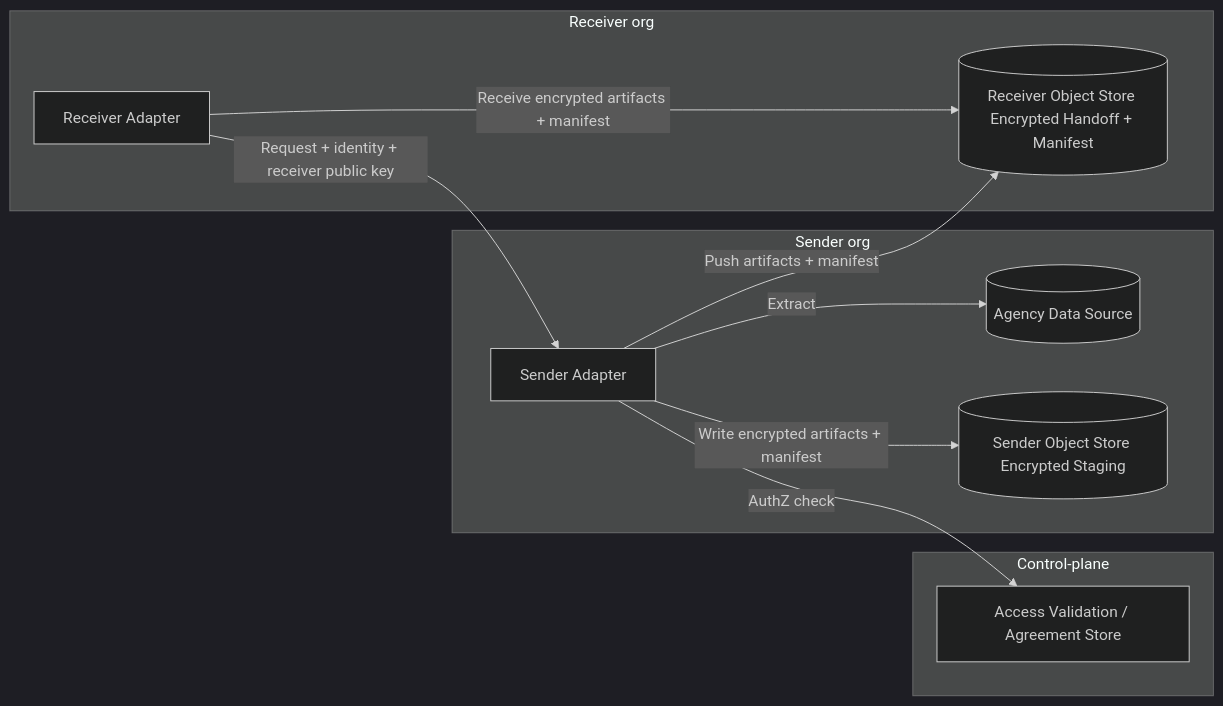
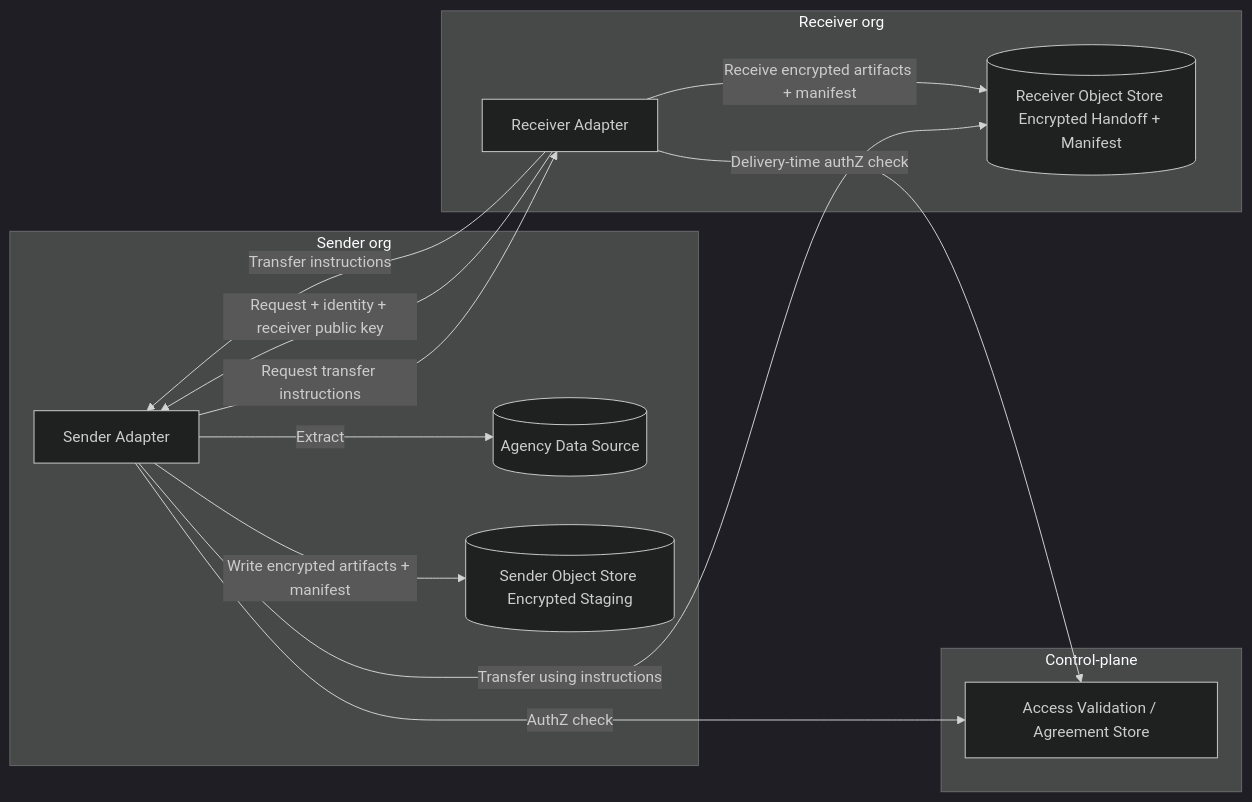
One commit to GSA-TTS/TTSE-Redwood changed the second of 8 diagrams in docs/adr/0001-fde-architecture-diagrams.md. Above: the diagram before and after it, drawn with Mermaid (dark theme). The commit also changed other lines of this file and 1 other file, not shown here.

First line of the commit message:
adr: update transfer handshake (receiver provides transfer instructions)

````diff
--- a/docs/adr/0001-fde-architecture-diagrams.md
+++ b/docs/adr/0001-fde-architecture-diagrams.md
@@ -42,24 +44,27 @@
 ```mermaid
 flowchart LR
   subgraph ControlPlane[Control-plane]
     AV[Access Validation / Agreement Store]
   end
 
   subgraph SenderOrg[Sender org]
     S[Sender Adapter]
     SRC[(Agency Data Source)]
     SOS[(Sender Object Store Encrypted Staging)]
   end
 
   subgraph ReceiverOrg[Receiver org]
     R[Receiver Adapter]
     ROS[(Receiver Object Store Encrypted Handoff + Manifest)]
   end
 
   R -->|Request + identity + receiver public key| S
   S -->|AuthZ check| AV
   S -->|Extract| SRC
   S -->|Write encrypted artifacts + manifest| SOS
-  S -->|Push artifacts + manifest| ROS
+  S -->|Request transfer instructions| R
+  R -->|Delivery-time authZ check| AV
+  R -->|Transfer instructions| S
+  S -->|Transfer using instructions| ROS
   R -->|Receive encrypted artifacts + manifest| ROS
 ```
````
